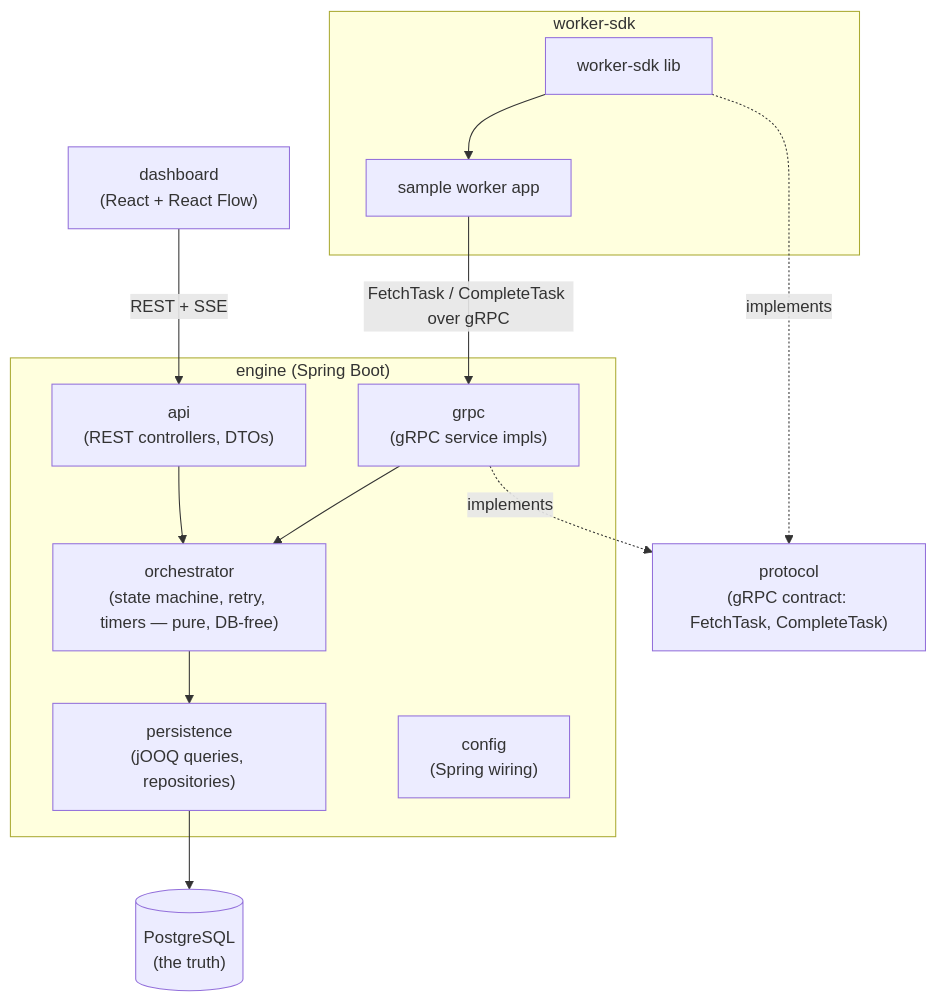
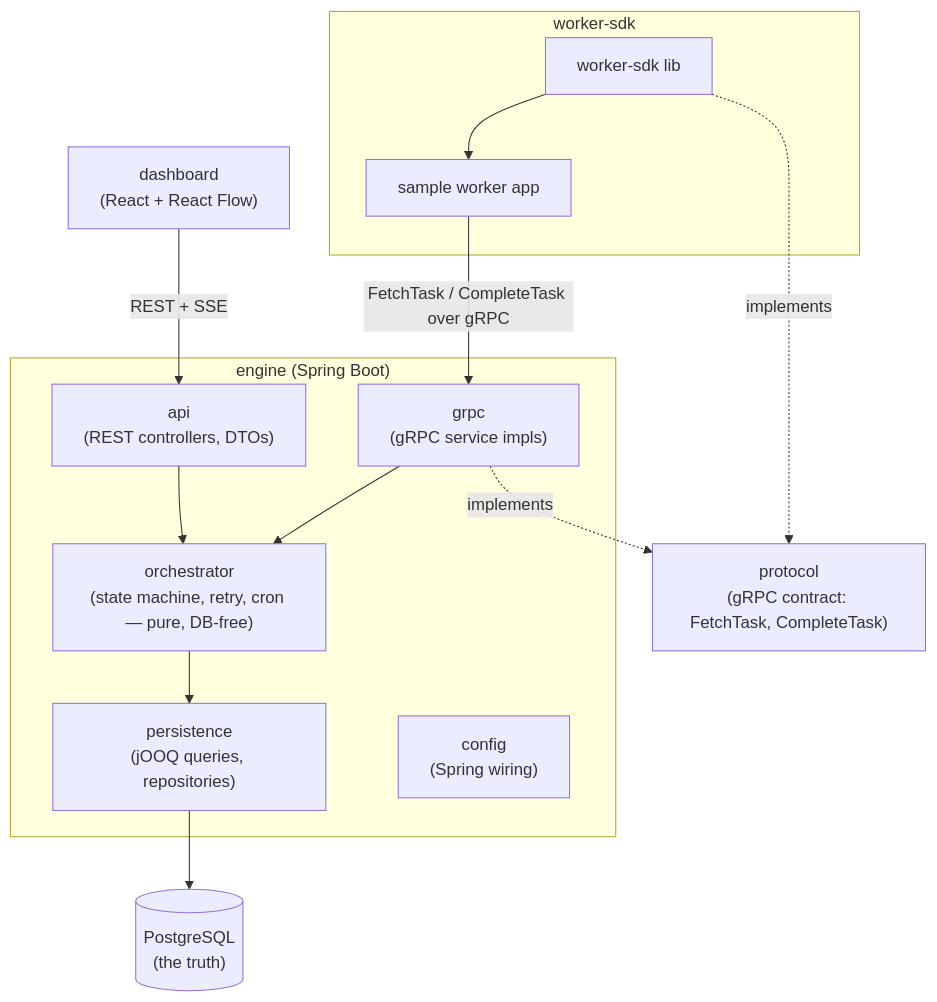
The first of 2 diagrams in docs/diagrams/logical-view.md (mnemarius/workflow-manager), drawn with Mermaid before and after one commit. The commit also changed other lines of this file and 7 other files, not shown here.

First line of the commit message:
docs: sync M4 durable timers and cron schedules

````diff
--- a/docs/diagrams/logical-view.md
+++ b/docs/diagrams/logical-view.md
@@ -7,32 +7,32 @@
 ```mermaid
 flowchart TB
     Dashboard["dashboard\n(React + React Flow)"]
 
     subgraph Engine["engine (Spring Boot)"]
         Api["api\n(REST controllers, DTOs)"]
         Grpc["grpc\n(gRPC service impls)"]
-        Orchestrator["orchestrator\n(state machine, retry, timers — pure, DB-free)"]
+        Orchestrator["orchestrator\n(state machine, retry, cron — pure, DB-free)"]
         Persistence["persistence\n(jOOQ queries, repositories)"]
         Config["config\n(Spring wiring)"]
 
         Api --> Orchestrator
         Grpc --> Orchestrator
         Orchestrator --> Persistence
     end
 
     Protocol["protocol\n(gRPC contract: FetchTask, CompleteTask)"]
 
     subgraph WorkerSdk["worker-sdk"]
         Sdk["worker-sdk lib"]
         SampleWorker["sample worker app"]
         Sdk --> SampleWorker
     end
 
     Postgres[("PostgreSQL\n(the truth)")]
 
     Dashboard -->|REST + SSE| Api
     Grpc -.->|implements| Protocol
     Sdk -.->|implements| Protocol
     SampleWorker -->|FetchTask / CompleteTask over gRPC| Grpc
     Persistence --> Postgres
 ```
````
